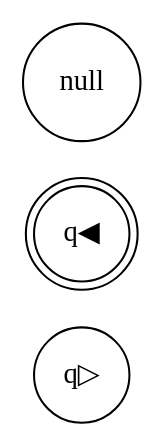
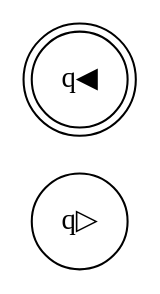
The diagram in GCL_Comp/PG.gv (bossebandowski/CSM), drawn with Graphviz before and after one commit. The commit also changed 3 other files, not shown here.

```diff
--- a/GCL_Comp/PG.gv
+++ b/GCL_Comp/PG.gv
@@ -1,6 +1,5 @@
 digraph program_graph {rankdir=LR;
 node [shape = circle]; q▷;
 node [shape = doublecircle]; q◀; 
 node [shape = circle]
-null
 }
```
